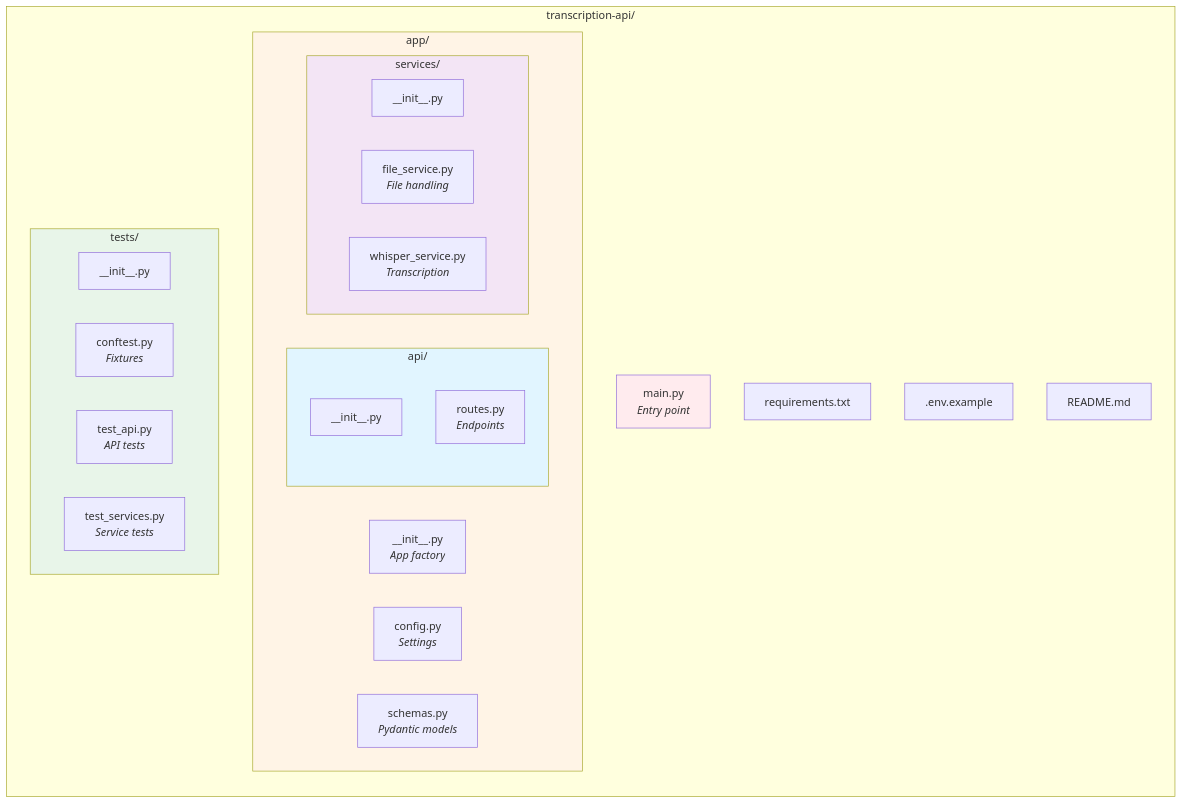
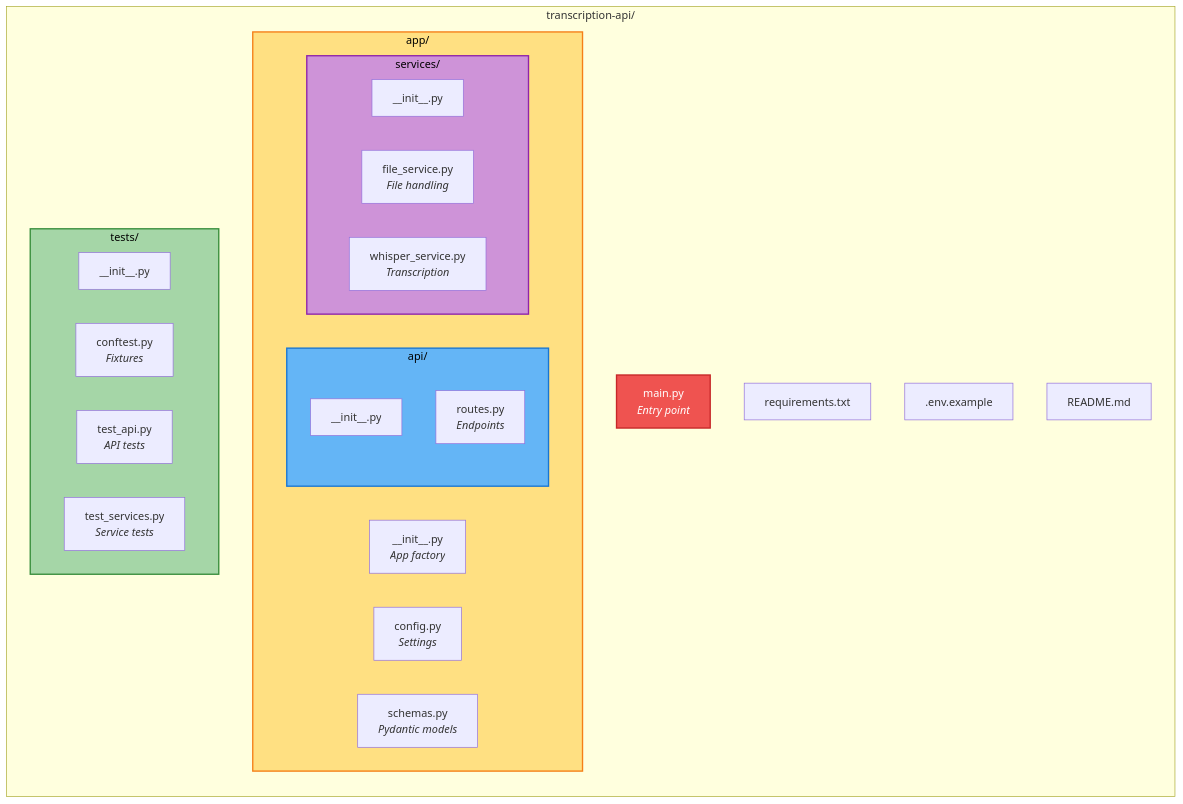
One commit to shozibabbas/transcription-api changed the second of 5 diagrams in README.md. Above: the diagram before and after it, drawn with Mermaid. The commit also changed other lines of this file and 1 other file, not shown here.

First line of the commit message:
docs: Improve Mermaid diagram colors for better contrast

````diff
--- a/README.md
+++ b/README.md
@@ -44,39 +44,39 @@
 ```mermaid
 graph LR
     subgraph Project["transcription-api/"]
         subgraph App["app/"]
             Init["__init__.py<br/><i>App factory</i>"]
             Config["config.py<br/><i>Settings</i>"]
             Schemas["schemas.py<br/><i>Pydantic models</i>"]
             
             subgraph API["api/"]
                 APIInit["__init__.py"]
                 Routes["routes.py<br/><i>Endpoints</i>"]
             end
             
             subgraph Services["services/"]
                 ServInit["__init__.py"]
                 FileServ["file_service.py<br/><i>File handling</i>"]
                 WhisperServ["whisper_service.py<br/><i>Transcription</i>"]
             end
         end
         
         subgraph Tests["tests/"]
             TestInit["__init__.py"]
             Conftest["conftest.py<br/><i>Fixtures</i>"]
             TestAPI["test_api.py<br/><i>API tests</i>"]
             TestServ["test_services.py<br/><i>Service tests</i>"]
         end
         
         Main["main.py<br/><i>Entry point</i>"]
         Req["requirements.txt"]
         Env[".env.example"]
         ReadMe["README.md"]
     end
     
-    style App fill:#fff4e6
-    style API fill:#e1f5ff
-    style Services fill:#f3e5f5
-    style Tests fill:#e8f5e9
-    style Main fill:#ffebee
+    style App fill:#FFE082,stroke:#F57F17,stroke-width:2px,color:#000
+    style API fill:#64B5F6,stroke:#1976D2,stroke-width:2px,color:#000
+    style Services fill:#CE93D8,stroke:#8E24AA,stroke-width:2px,color:#000
+    style Tests fill:#A5D6A7,stroke:#388E3C,stroke-width:2px,color:#000
+    style Main fill:#EF5350,stroke:#C62828,stroke-width:2px,color:#fff
 ```
````
